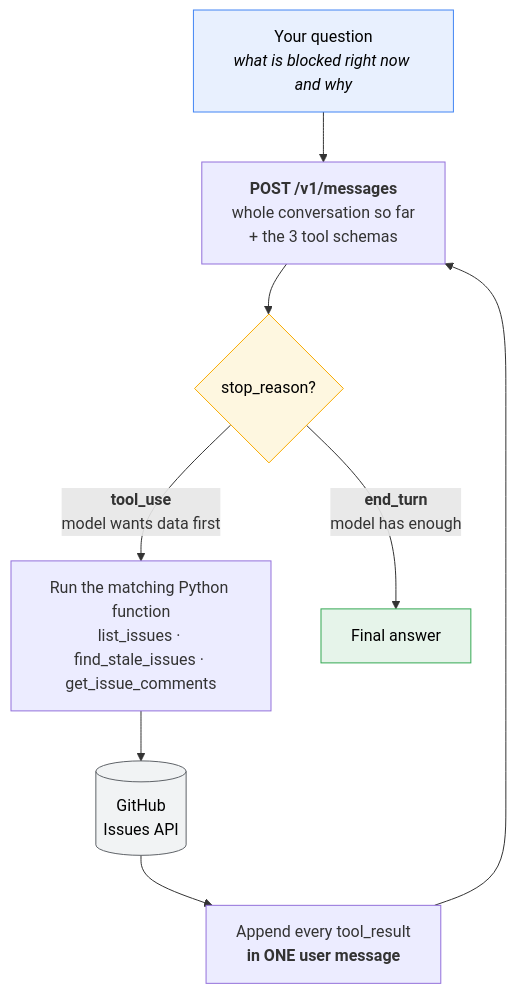
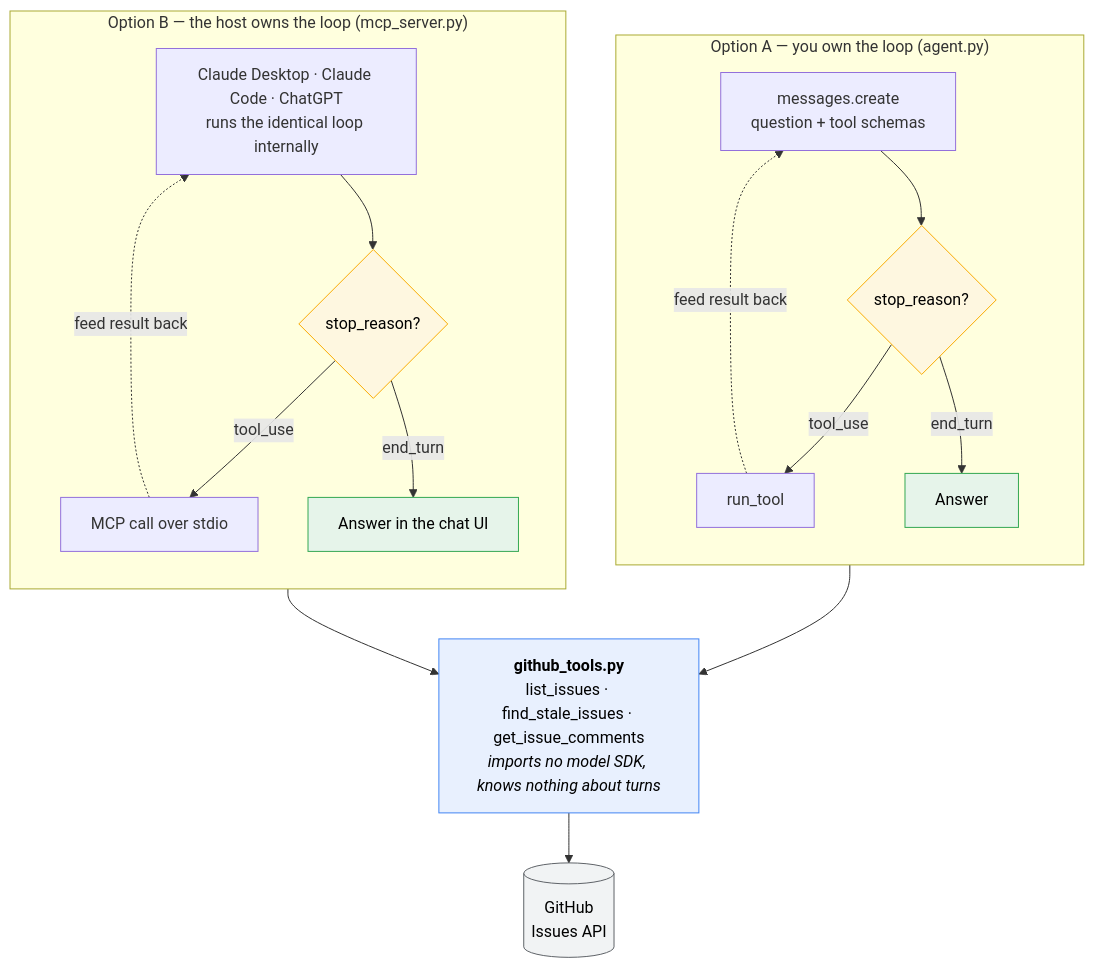
Before and after one commit to michaeldinhmai/gh-issue-agent-demo: the first of 2 diagrams in README.md, drawn with Mermaid. The commit also changed other lines of this file and 6 other files, not shown here.

First line of the commit message:
Add MCP server and split tools out of the loop

````diff
--- a/README.md
+++ b/README.md
@@ -53,22 +55,30 @@
 ```mermaid
-flowchart TD
-    Q["Your question<br/><i>what is blocked right now and why</i>"] --> API
+flowchart TB
+    subgraph mine["Option A — you own the loop (agent.py)"]
+        direction TB
+        A1["messages.create<br/>question + tool schemas"] --> A2{"stop_reason?"}
+        A2 -->|"tool_use"| A3["run_tool"]
+        A3 -.->|"feed result back"| A1
+        A2 -->|"end_turn"| A4["Answer"]
+    end
 
-    API["<b>POST /v1/messages</b><br/>whole conversation so far<br/>+ the 3 tool schemas"]
+    subgraph theirs["Option B — the host owns the loop (mcp_server.py)"]
+        direction TB
+        B1["Claude Desktop · Claude Code · ChatGPT<br/>runs the identical loop internally"] --> B2{"stop_reason?"}
+        B2 -->|"tool_use"| B3["MCP call over stdio"]
+        B3 -.->|"feed result back"| B1
+        B2 -->|"end_turn"| B4["Answer in the chat UI"]
+    end
 
-    API --> STOP{"stop_reason?"}
+    A3 --> T
+    B3 --> T
+    T["<b>github_tools.py</b><br/>list_issues · find_stale_issues · get_issue_comments<br/><i>imports no model SDK, knows nothing about turns</i>"]
+    T --> GH[("GitHub<br/>Issues API")]
 
-    STOP -->|"<b>tool_use</b><br/>model wants data first"| EXEC
-
-    EXEC["Run the matching Python function<br/>list_issues · find_stale_issues · get_issue_comments"]
-    EXEC --> GH[("GitHub<br/>Issues API")]
-    GH --> BACK["Append every tool_result<br/><b>in ONE user message</b>"]
-    BACK --> API
-
-    STOP -->|"<b>end_turn</b><br/>model has enough"| ANS["Final answer"]
-
-    style Q fill:#e8f0fe,stroke:#4285f4,color:#000
-    style ANS fill:#e6f4ea,stroke:#34a853,color:#000
-    style STOP fill:#fef7e0,stroke:#f9ab00,color:#000
+    style T fill:#e8f0fe,stroke:#4285f4,color:#000
     style GH fill:#f1f3f4,stroke:#5f6368,color:#000
+    style A2 fill:#fef7e0,stroke:#f9ab00,color:#000
+    style B2 fill:#fef7e0,stroke:#f9ab00,color:#000
+    style A4 fill:#e6f4ea,stroke:#34a853,color:#000
+    style B4 fill:#e6f4ea,stroke:#34a853,color:#000
 ```
````
